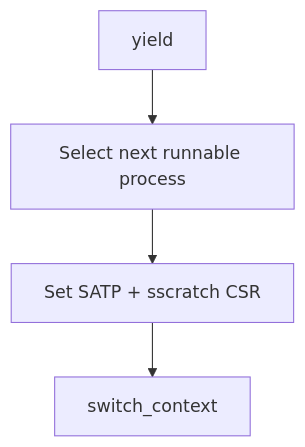
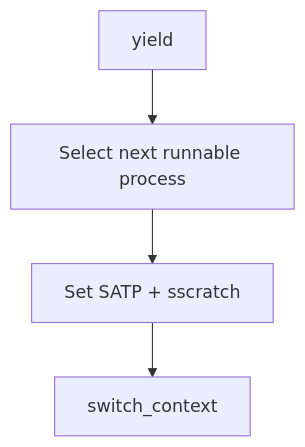
One commit to phUR99/Project changed the sixth of 9 diagrams in OS/README.md. Above: the diagram before and after it, drawn with Mermaid. The commit also changed other lines of this file, not shown here.

Commit message:
OS mermaid 오류 수정

````diff
--- a/OS/README.md
+++ b/OS/README.md
@@ -87,6 +86,6 @@
 ```mermaid
 graph TD
-    yield --> PickNext["Select next runnable process"]
-    PickNext --> satp["Set SATP + sscratch CSR"]
-    satp --> switch_context
+    yield --> pick_proc[Select next runnable process]
+    pick_proc --> set_satp[Set SATP + sscratch]
+    set_satp --> switch_context
 ```
````
